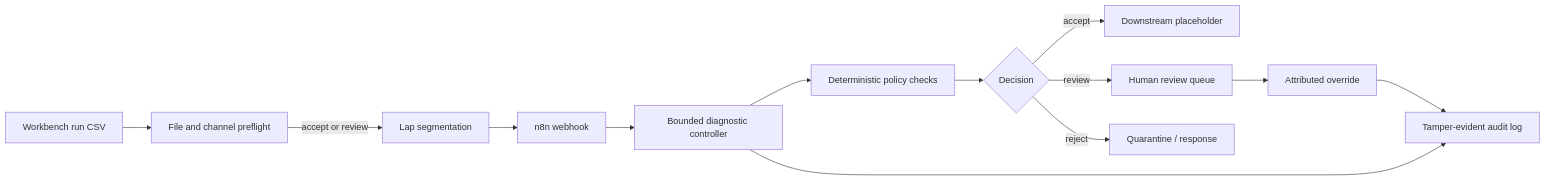
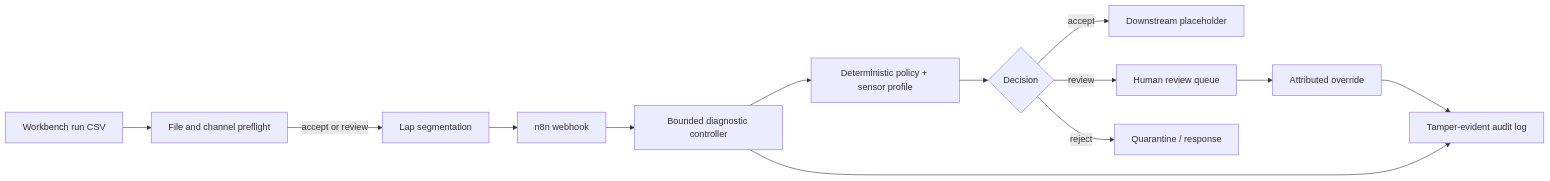
One commit to Kaezzey/motorsport-n8n changed the diagram in README.md. Above: the diagram before and after it, drawn with Mermaid. The commit also changed other lines of this file and 20 other files, not shown here.

````diff
--- a/README.md
+++ b/README.md
@@ -21,15 +21,15 @@
 ```mermaid
 flowchart LR
     Z["Workbench run CSV"] --> A["File and channel preflight"]
     A -->|accept or review| B["Lap segmentation"]
     B --> C["n8n webhook"]
     C --> D["Bounded diagnostic controller"]
-    D --> E["Deterministic policy checks"]
+    D --> E["Deterministic policy + sensor profile"]
     E --> F{"Decision"}
     F -->|accept| G["Downstream placeholder"]
     F -->|review| H["Human review queue"]
     F -->|reject| I["Quarantine / response"]
     D --> J["Tamper-evident audit log"]
     H --> K["Attributed override"]
     K --> J
 ```
````
